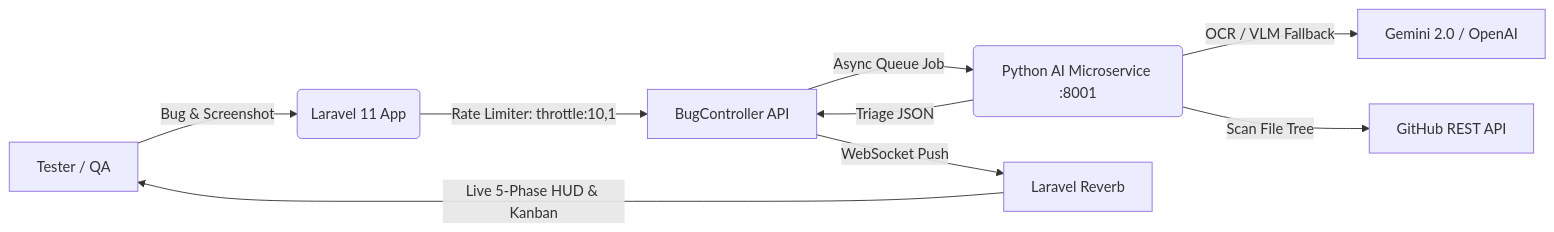
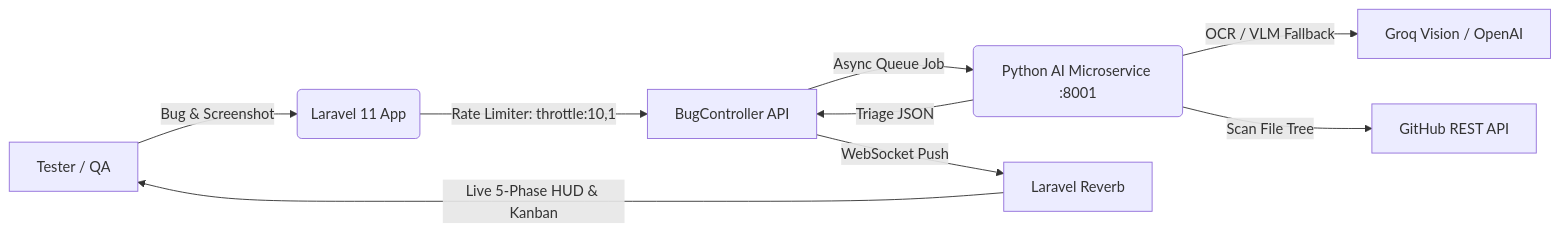
The diagram in README.md (MuarifHasnat/Auto-Bug-Traige), drawn with Mermaid before and after one commit. The commit also changed other lines of this file and 11 other files, not shown here.

Commit message:
feat: replace Gemini API with free high-speed Groq API across triage, vision, and locator

````diff
--- a/README.md
+++ b/README.md
@@ -30,11 +30,11 @@
 ```mermaid
 flowchart LR
     A[Tester / QA] -->|Bug & Screenshot| B(Laravel 11 App)
     B -->|Rate Limiter: throttle:10,1| G[BugController API]
     G -->|Async Queue Job| C(Python AI Microservice :8001)
-    C -->|OCR / VLM Fallback| D[Gemini 2.0 / OpenAI]
+    C -->|OCR / VLM Fallback| D[Groq Vision / OpenAI]
     C -->|Scan File Tree| E[GitHub REST API]
     C -->|Triage JSON| G
     G -->|WebSocket Push| F[Laravel Reverb]
     F -->|Live 5-Phase HUD & Kanban| A
 ```
````
